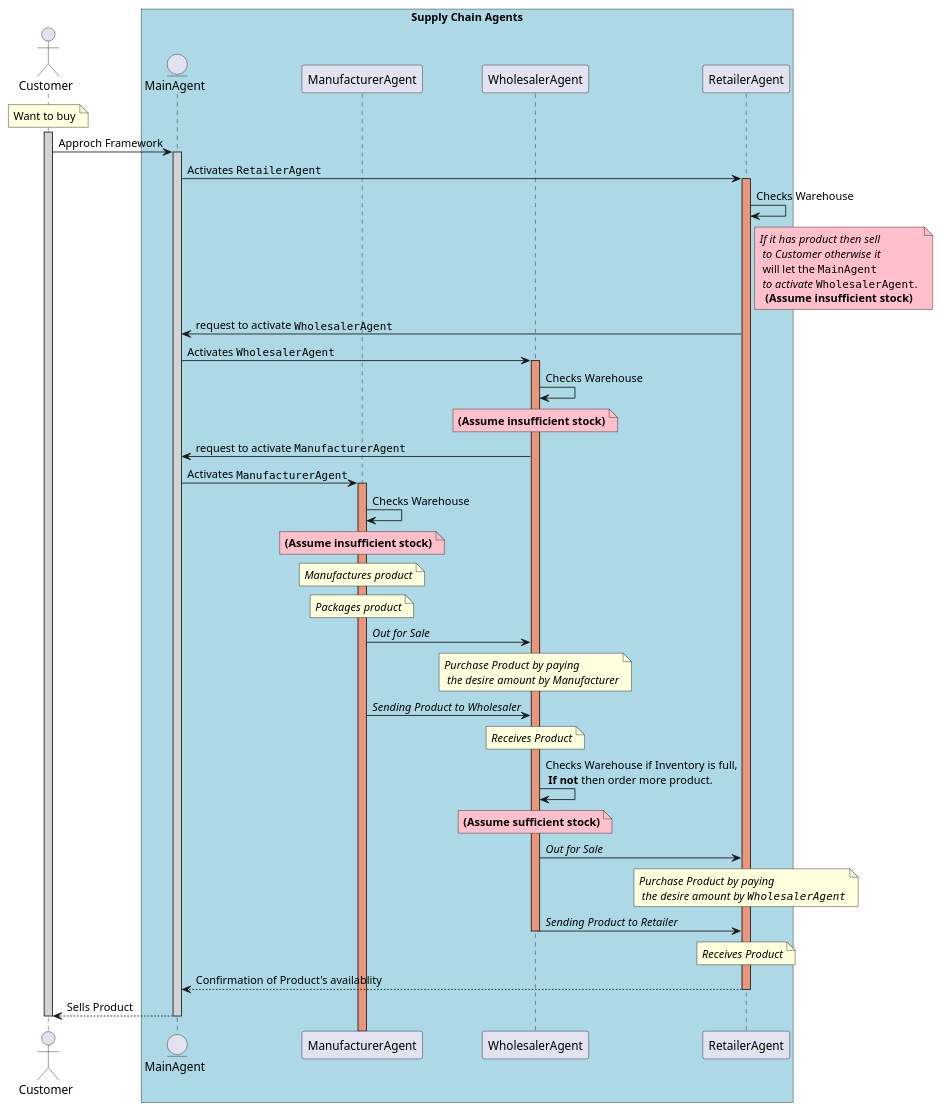
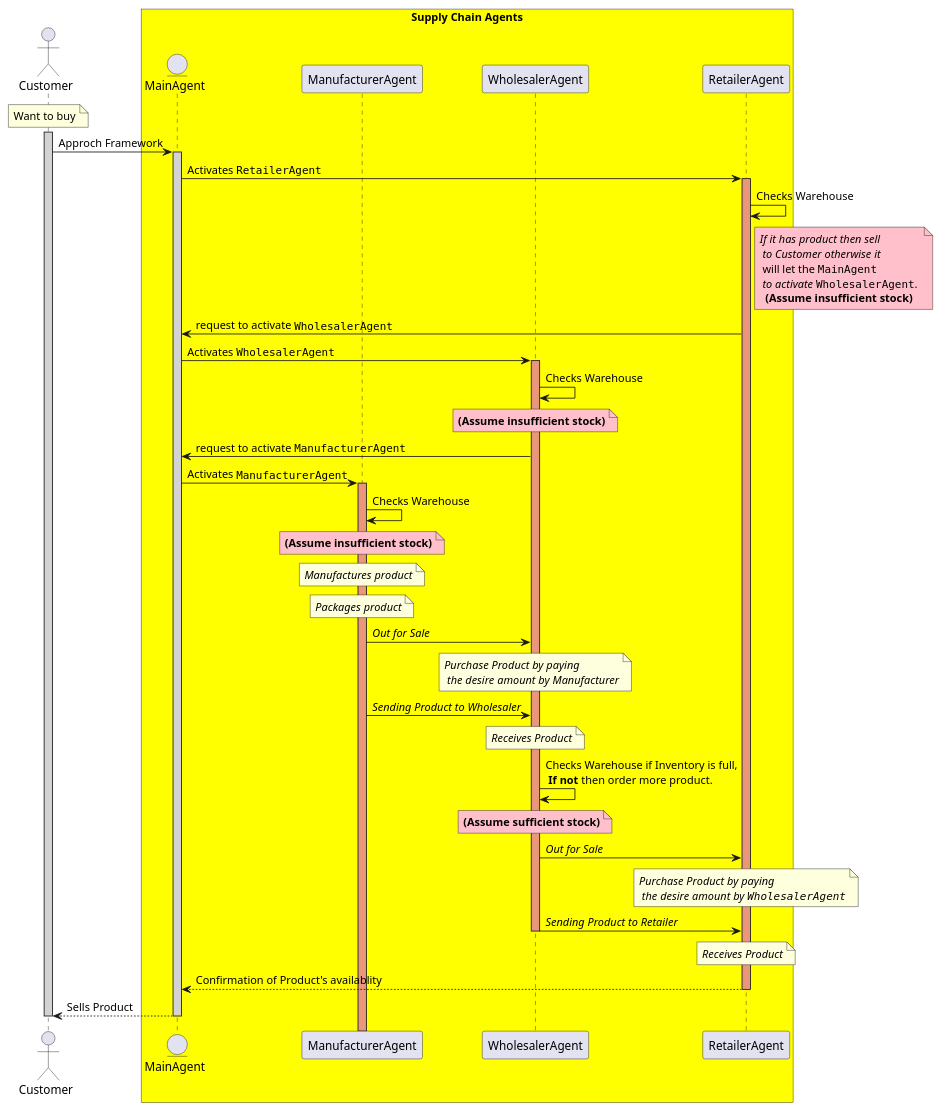
One commit to mullick1998/Agents-SmartContract-Development changed the diagram in Master thesis/includes/PlantUML code/agents.puml. Above: the diagram before and after it, drawn with PlantUML. The commit also changed 10 other files, not shown here.

```diff
--- a/Master thesis/includes/PlantUML code/agents.puml
+++ b/Master thesis/includes/PlantUML code/agents.puml
@@ -1,74 +1,74 @@
 @startuml
 !pragma teoz true
 actor Customer
 
-box "Supply Chain Agents" #LightBlue
+box "Supply Chain Agents" #Yellow
 entity MainAgent
 Participant ManufacturerAgent
 Participant WholesalerAgent
 Participant RetailerAgent
 end box
 
 
 note over Customer: Want to buy
 activate Customer #LightGrey
 Customer -> MainAgent : Approch Framework
 activate MainAgent #LightGrey
 
 MainAgent -> RetailerAgent : Activates ""RetailerAgent""
 activate RetailerAgent #DarkSalmon
 RetailerAgent -> RetailerAgent: Checks Warehouse
 note right RetailerAgent #Pink : //If it has product then sell// \n //to Customer otherwise it// \n will let the ""MainAgent"" \n //to activate// ""WholesalerAgent"". \n  **(Assume insufficient stock)**
 
 RetailerAgent -> MainAgent : request to activate ""WholesalerAgent""
 
 MainAgent-> WholesalerAgent: Activates ""WholesalerAgent""
 activate WholesalerAgent #DarkSalmon
 WholesalerAgent -> WholesalerAgent : Checks Warehouse
 note over WholesalerAgent #Pink :  **(Assume insufficient stock)**
 WholesalerAgent -> MainAgent : request to activate ""ManufacturerAgent""
 
 MainAgent-> ManufacturerAgent: Activates ""ManufacturerAgent""
 activate ManufacturerAgent #DarkSalmon
 ManufacturerAgent -> ManufacturerAgent : Checks Warehouse
 note over ManufacturerAgent #Pink : **(Assume insufficient stock)**
 
 note over ManufacturerAgent: //Manufactures product//
 
 note over ManufacturerAgent: //Packages product//
 
 
 ManufacturerAgent -> WholesalerAgent: //Out for Sale//
 
 
 note over WholesalerAgent: //Purchase Product by paying// \n //the desire amount by Manufacturer//
 
 
 ManufacturerAgent -> WholesalerAgent: //Sending Product to Wholesaler//
 
 note over WholesalerAgent: //Receives Product//
 
 WholesalerAgent -> WholesalerAgent : Checks Warehouse if Inventory is full, \n **If not** then order more product.
 note over WholesalerAgent #Pink :  **(Assume sufficient stock)**
 
 WholesalerAgent -> RetailerAgent : //Out for Sale//
 
 
 note over RetailerAgent: //Purchase Product by paying// \n //the desire amount by ""WholesalerAgent""//
 
 
 WholesalerAgent -> RetailerAgent : //Sending Product to Retailer//
 
 deactivate WholesalerAgent
 
 
 note over RetailerAgent: //Receives Product//
 
 RetailerAgent --> MainAgent: Confirmation of Product's availablity
 deactivate RetailerAgent
 
 
 MainAgent --> Customer : Sells Product
 deactivate MainAgent
 deactivate Customer
 @enduml
```
